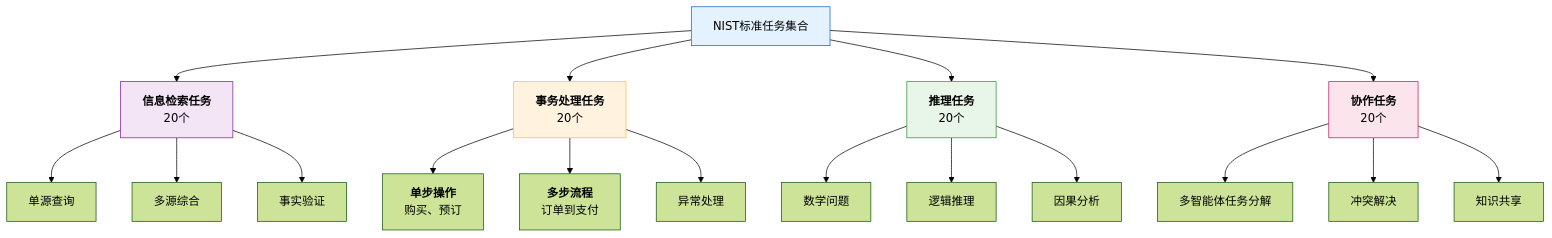
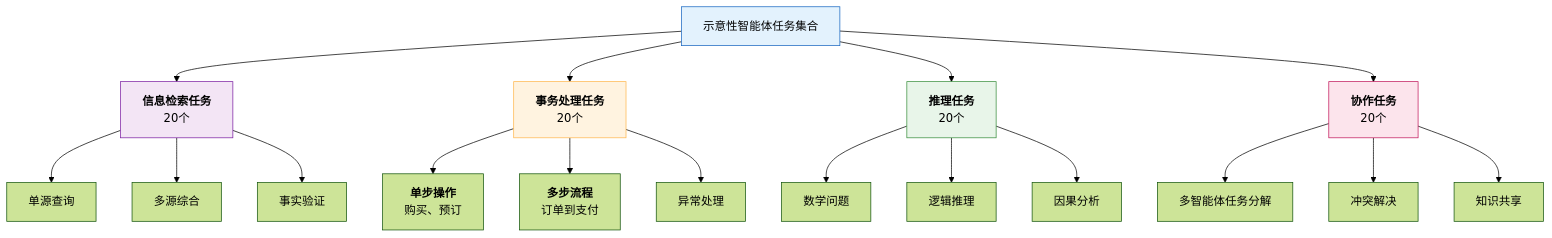
Before and after one commit to yeasy/harness_engineering_guide: the second of 5 diagrams in 14_future/14.2_standardization.md, drawn with Mermaid (forest theme). The commit also changed other lines of this file and 2 other files, not shown here.

````diff
--- a/14_future/14.2_standardization.md
+++ b/14_future/14.2_standardization.md
@@ -279,29 +281,29 @@
 ```mermaid
 graph TD
-    A["NIST标准任务集合"] --> B["<b>信息检索任务</b><br/>20个"]
+    A["示意性智能体任务集合"] --> B["<b>信息检索任务</b><br/>20个"]
     A --> C["<b>事务处理任务</b><br/>20个"]
     A --> D["<b>推理任务</b><br/>20个"]
     A --> E["<b>协作任务</b><br/>20个"]
 
     B --> B1["单源查询"]
     B --> B2["多源综合"]
     B --> B3["事实验证"]
 
     C --> C1["<b>单步操作</b><br/>购买、预订"]
     C --> C2["<b>多步流程</b><br/>订单到支付"]
     C --> C3["异常处理"]
 
     D --> D1["数学问题"]
     D --> D2["逻辑推理"]
     D --> D3["因果分析"]
 
     E --> E1["多智能体任务分解"]
     E --> E2["冲突解决"]
     E --> E3["知识共享"]
 
     style A fill:#e3f2fd,stroke:#1565c0
     style B fill:#f3e5f5,stroke:#7b1fa2
     style C fill:#fff3e0,stroke:#ffb74d
     style D fill:#e8f5e9,stroke:#388e3c
     style E fill:#fce4ec,stroke:#c2185b
 ```
````
